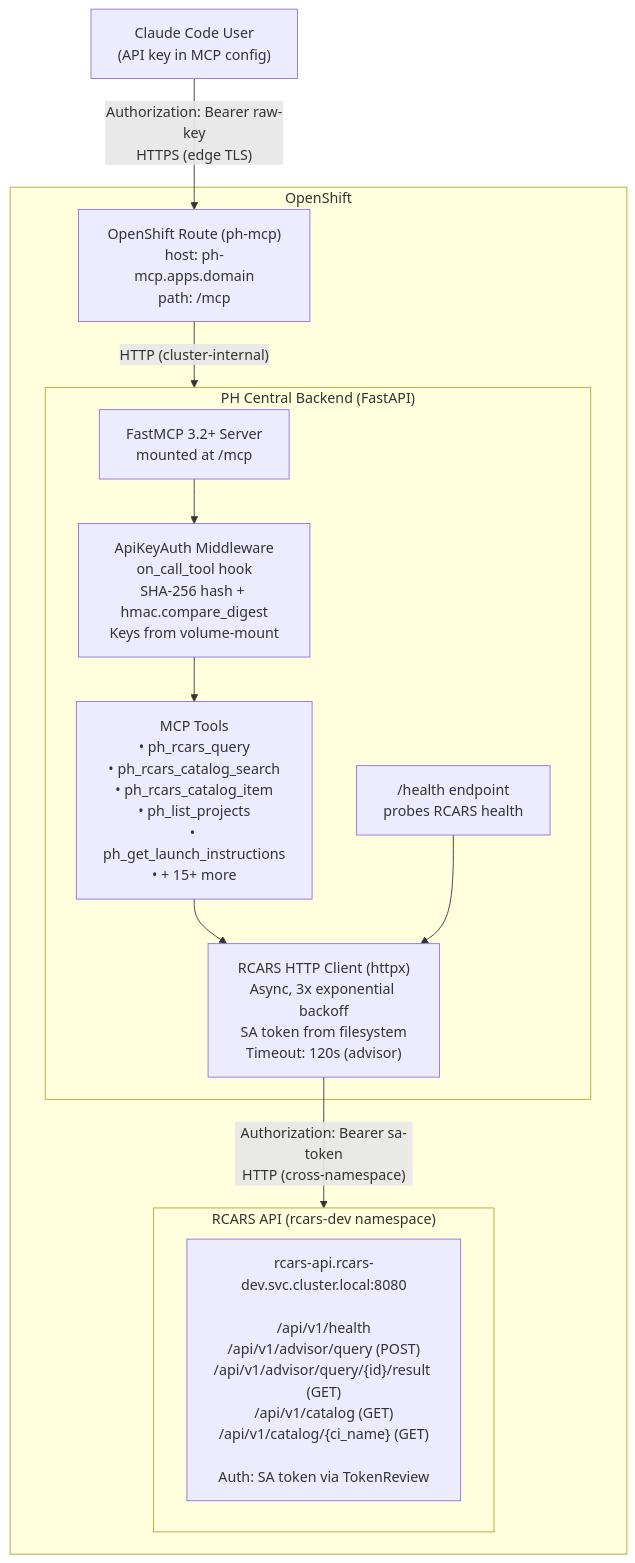
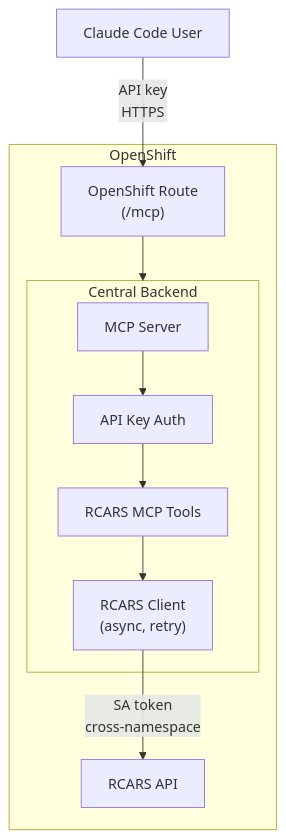
One commit to treddy08/rhdp-publishing-house changed the first of 2 diagrams in docs/architecture/rcars-integration.md. Above: the diagram before and after it, drawn with Mermaid. The commit also changed other lines of this file and 6 other files, not shown here.

````diff
--- a/docs/architecture/rcars-integration.md
+++ b/docs/architecture/rcars-integration.md
@@ -9,27 +9,17 @@
 ```mermaid
 graph TD
-    CC["Claude Code User<br/>(API key in MCP config)"]
-    CC -->|"Authorization: Bearer raw-key<br/>HTTPS (edge TLS)"| Route
+    CC["Claude Code User"] -->|"API key<br/>HTTPS"| Route
 
     subgraph OpenShift
-        Route["OpenShift Route (ph-mcp)<br/>host: ph-mcp.apps.domain<br/>path: /mcp"]
-        Route -->|"HTTP (cluster-internal)"| BE
+        Route["OpenShift Route<br/>(/mcp)"]
+        Route --> BE
 
-        subgraph BE["PH Central Backend (FastAPI)"]
-            MCP["FastMCP 3.2+ Server<br/>mounted at /mcp"]
-            Auth["ApiKeyAuth Middleware<br/>on_call_tool hook<br/>SHA-256 hash + hmac.compare_digest<br/>Keys from volume-mount"]
-            Tools["MCP Tools<br/>• ph_rcars_query<br/>• ph_rcars_catalog_search<br/>• ph_rcars_catalog_item<br/>• ph_list_projects<br/>• ph_get_launch_instructions<br/>• + 15+ more"]
-            Client["RCARS HTTP Client (httpx)<br/>Async, 3x exponential backoff<br/>SA token from filesystem<br/>Timeout: 120s (advisor)"]
-            Health["/health endpoint<br/>probes RCARS health"]
-
-            MCP --> Auth --> Tools --> Client
-            Health --> Client
+        subgraph BE["Central Backend"]
+            MCP["MCP Server"] --> Auth["API Key Auth"]
+            Auth --> Tools["RCARS MCP Tools"]
+            Tools --> Client["RCARS Client<br/>(async, retry)"]
         end
 
-        Client -->|"Authorization: Bearer sa-token<br/>HTTP (cross-namespace)"| RCARS
-
-        subgraph RCARS["RCARS API (rcars-dev namespace)"]
-            RAPI["rcars-api.rcars-dev.svc.cluster.local:8080<br/><br/>/api/v1/health<br/>/api/v1/advisor/query (POST)<br/>/api/v1/advisor/query/{id}/result (GET)<br/>/api/v1/catalog (GET)<br/>/api/v1/catalog/{ci_name} (GET)<br/><br/>Auth: SA token via TokenReview"]
-        end
+        Client -->|"SA token<br/>cross-namespace"| RCARS["RCARS API"]
     end
 ```
````
